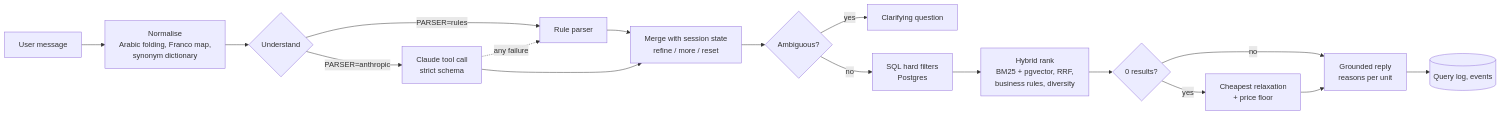
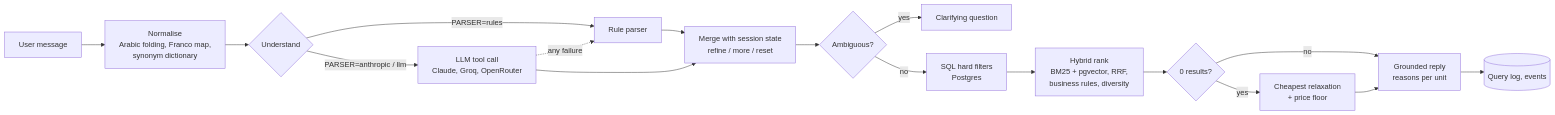
One commit to Mrwanawad/Conversational-Property-Search-using-FastAPI-pgvector-Claude-NextJS changed the diagram in README.md. Above: the diagram before and after it, drawn with Mermaid. The commit also changed other lines of this file and 16 other files, not shown here.

First line of the commit message:
Add Groq/OpenRouter parser with rules-first gate, held-out eval set

````diff
--- a/README.md
+++ b/README.md
@@ -15,19 +15,19 @@
 ```mermaid
 flowchart LR
     Q[User message] --> N[Normalise<br/>Arabic folding, Franco map,<br/>synonym dictionary]
     N --> U{Understand}
     U -->|PARSER=rules| R[Rule parser]
-    U -->|PARSER=anthropic| C[Claude tool call<br/>strict schema]
+    U -->|PARSER=anthropic / llm| C[LLM tool call<br/>Claude, Groq, OpenRouter]
     C -.any failure.-> R
     R --> M[Merge with session state<br/>refine / more / reset]
     C --> M
     M --> A{Ambiguous?}
     A -->|yes| CL[Clarifying question]
     A -->|no| S[SQL hard filters<br/>Postgres]
     S --> H[Hybrid rank<br/>BM25 + pgvector, RRF,<br/>business rules, diversity]
     H --> Z{0 results?}
     Z -->|yes| RX[Cheapest relaxation<br/>+ price floor]
     Z -->|no| RE[Grounded reply<br/>reasons per unit]
     RX --> RE
     RE --> L[(Query log, events)]
 ```
````
